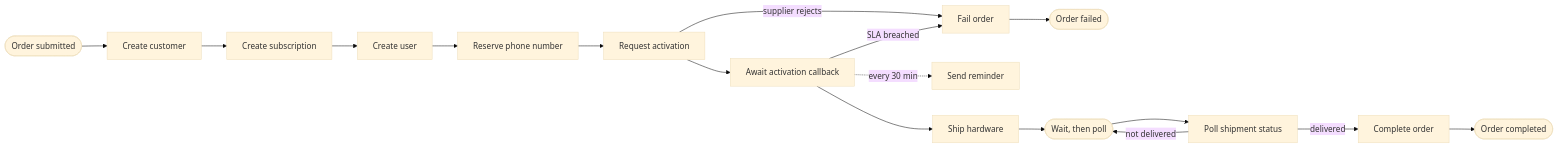
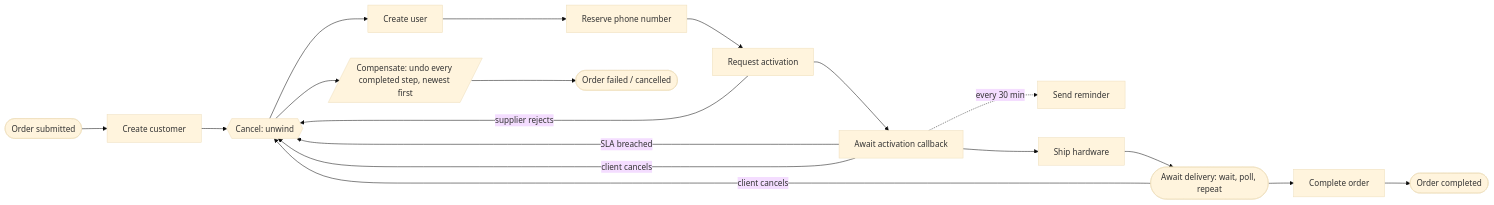
One commit to Serg-Maximchuk/workflow_orchestrator_test changed the diagram in README.md. Above: the diagram before and after it, drawn with Mermaid (base theme). The commit also changed other lines of this file and 2 other files, not shown here.

Commit message:
docs: record what Phase 4 delivered

````diff
--- a/README.md
+++ b/README.md
@@ -54,19 +54,20 @@
 ```mermaid
 flowchart LR
     A([Order submitted]) --> B[Create customer]
     B --> C[Create subscription]
     C --> D[Create user]
     D --> E[Reserve phone number]
     E --> F[Request activation]
-    F -->|supplier rejects| X[Fail order]
+    F -->|supplier rejects| C{{Cancel: unwind}}
     F --> G[Await activation callback]
-    G -->|SLA breached| X
+    G -->|SLA breached| C
+    G -->|client cancels| C
     G -.->|every 30 min| R[Send reminder]
     G --> H[Ship hardware]
-    H --> W(["Wait, then poll"])
-    W --> P[Poll shipment status]
-    P -->|not delivered| W
-    P -->|delivered| Z[Complete order]
-    X --> XE([Order failed])
+    H --> W(["Await delivery: wait, poll, repeat"])
+    W -->|client cancels| C
+    W --> Z[Complete order]
+    C --> U[/"Compensate: undo every completed step, newest first"/]
+    U --> XE([Order failed / cancelled])
     Z --> ZE([Order completed])
 ```
````
